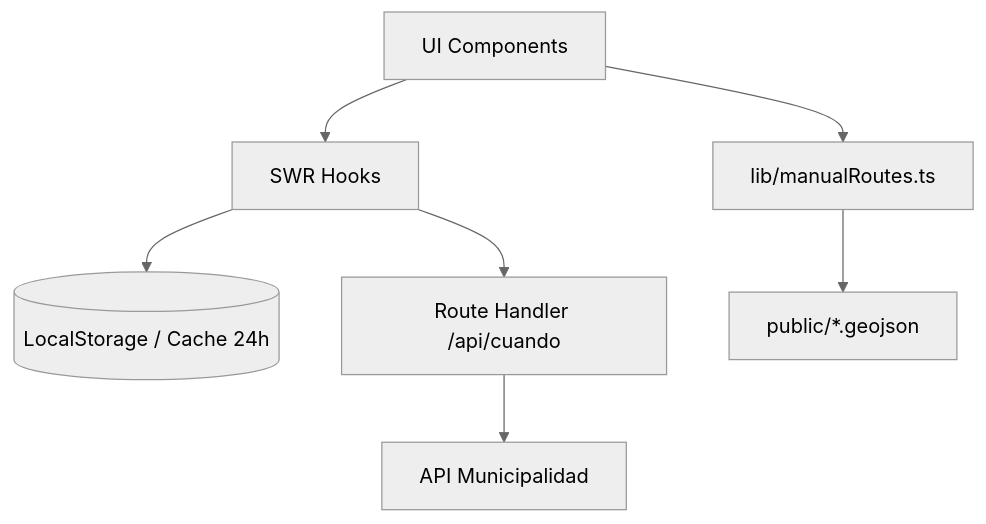
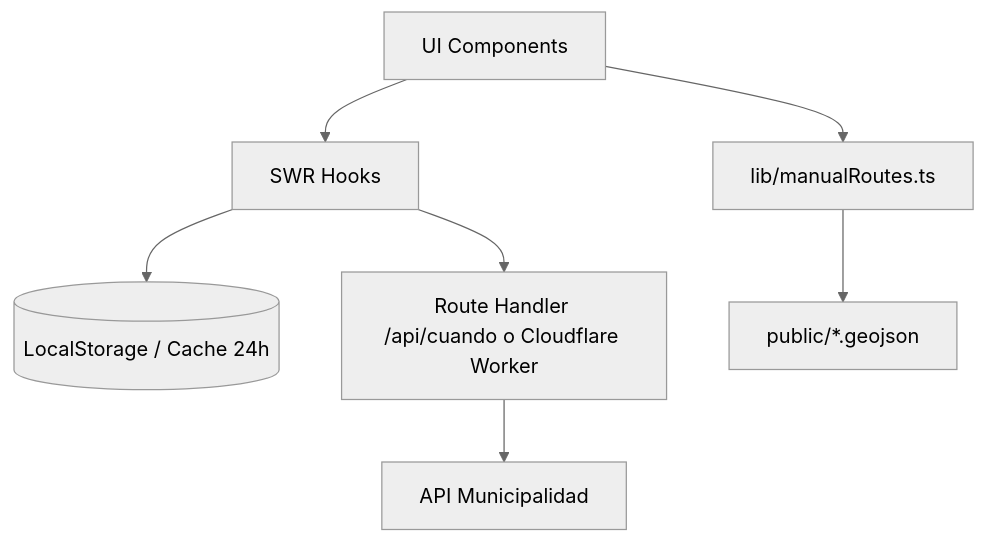
Before and after one commit to cuando-llega-mi-bondi/cuando-llega-mi-bondi: the diagram in README.md, drawn with Mermaid (neutral theme). The commit also changed other lines of this file, not shown here.

First line of the commit message:
docs(readme): document edge offload via Cloudflare Worker

````diff
--- a/README.md
+++ b/README.md
@@ -58,9 +58,9 @@
 ```mermaid
 graph TD
   UI[UI Components] --> SWR[SWR Hooks]
   SWR --> Storage[(LocalStorage / Cache 24h)]
-  SWR --> Proxy[Route Handler /api/cuando]
+  SWR --> Proxy[Route Handler /api/cuando o Cloudflare Worker]
   Proxy --> MGP[API Municipalidad]
   UI --> Manual[lib/manualRoutes.ts]
   Manual --> GeoJSON[public/*.geojson]
 ```
````
